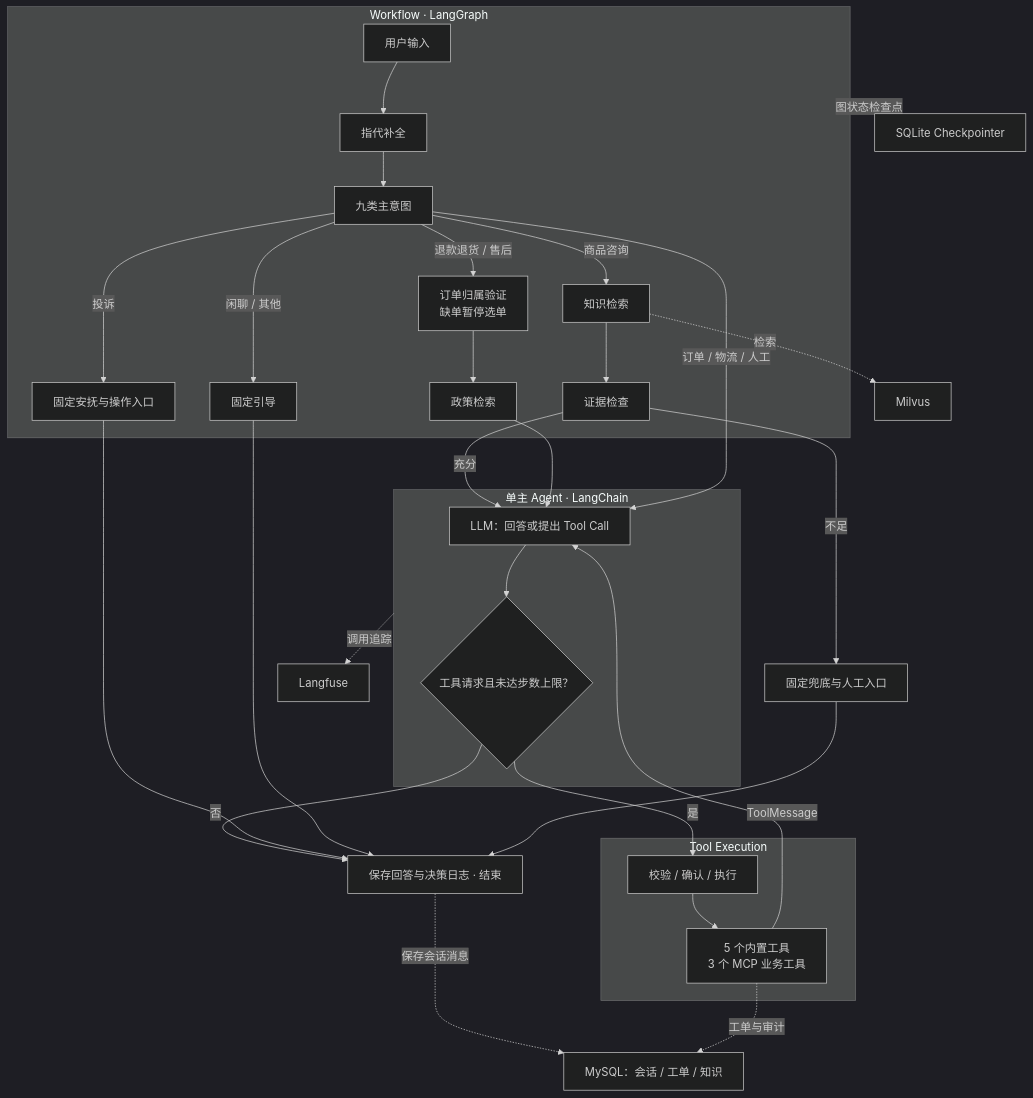
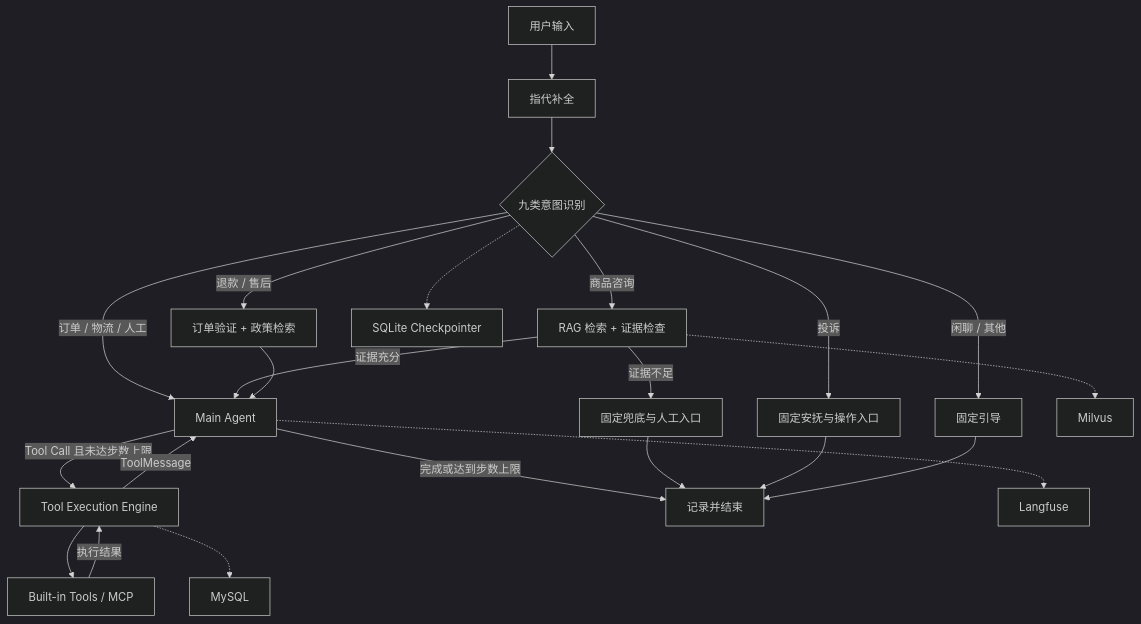
One commit to Orange-ui0811/caremate changed the diagram in README.md. Above: the diagram before and after it, drawn with Mermaid (dark theme). The commit also changed other lines of this file, not shown here.

````diff
--- a/README.md
+++ b/README.md
@@ -23,33 +43,28 @@
 ```mermaid
-flowchart TB
-    subgraph WF["Workflow · LangGraph"]
-        Q["用户输入"] --> R["指代补全"] --> I["九类主意图"]
-        I -->|商品咨询| K["知识检索"]
-        K --> G["证据检查"]
-        I -->|退款退货 / 售后| O["订单归属验证<br/>缺单暂停选单"]
-        O --> P["政策检索"]
-        I -->|投诉| C["固定安抚与操作入口"]
-        I -->|闲聊 / 其他| S["固定引导"]
-    end
-    subgraph AG["单主 Agent · LangChain"]
-        A["LLM：回答或提出 Tool Call"] --> D{"工具请求且未达步数上限？"}
-    end
-    subgraph EX["Tool Execution"]
-        X["校验 / 确认 / 执行"] --> T["5 个内置工具<br/>3 个 MCP 业务工具"]
-    end
-    G -->|充分| A
-    G -->|不足| F["固定兜底与人工入口"]
+flowchart TD
+    U["用户输入"] --> C["指代补全"] --> I{"九类意图识别"}
+
+    I -->|商品咨询| K["RAG 检索 + 证据检查"]
+    I -->|退款 / 售后| P["订单验证 + 政策检索"]
+    I -->|订单 / 物流 / 人工| A["Main Agent"]
+    I -->|投诉| CR["固定安抚与操作入口"]
+    I -->|闲聊 / 其他| S["固定引导"]
+
+    K -->|证据充分| A
+    K -->|证据不足| F["固定兜底与人工入口"]
     P --> A
-    I -->|订单 / 物流 / 人工| A
-    D -->|是| X
-    T -->|ToolMessage| A
-    D -->|否| L["保存回答与决策日志 · 结束"]
-    C --> L
-    S --> L
-    F --> L
-    K -.检索.-> MV["Milvus"]
-    L -.保存会话消息.-> DB["MySQL：会话 / 工单 / 知识"]
-    T -.工单与审计.-> DB
-    WF -.图状态检查点.-> CP["SQLite Checkpointer"]
-    AG -.调用追踪.-> LF["Langfuse"]
+
+    A -->|Tool Call 且未达步数上限| E["Tool Execution Engine"]
+    E -->|ToolMessage| A
+    E --> T["Built-in Tools / MCP"]
+    T -->|执行结果| E
+    A -->|完成或达到步数上限| O["记录并结束"]
+    F --> O
+    CR --> O
+    S --> O
+
+    K -.-> V["Milvus"]
+    E -.-> DB["MySQL"]
+    I -.-> CP["SQLite Checkpointer"]
+    A -.-> LF["Langfuse"]
 ```
````
